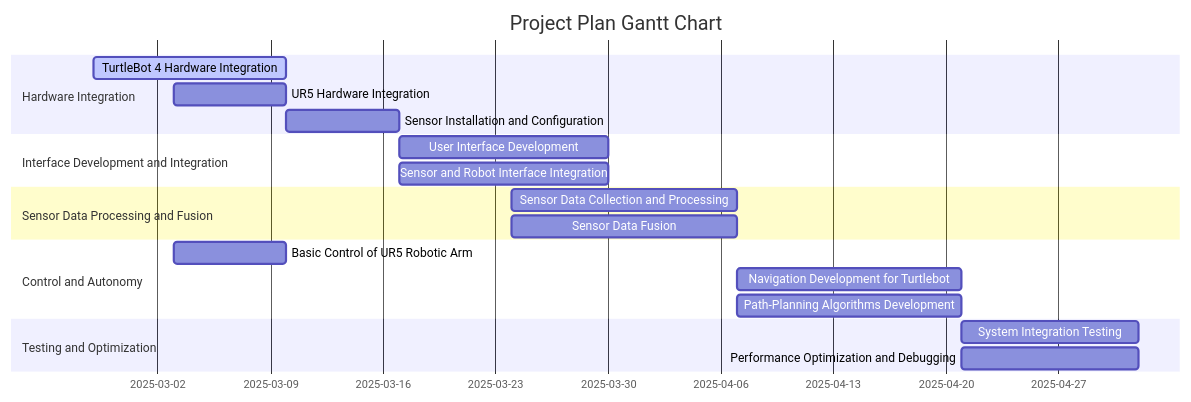
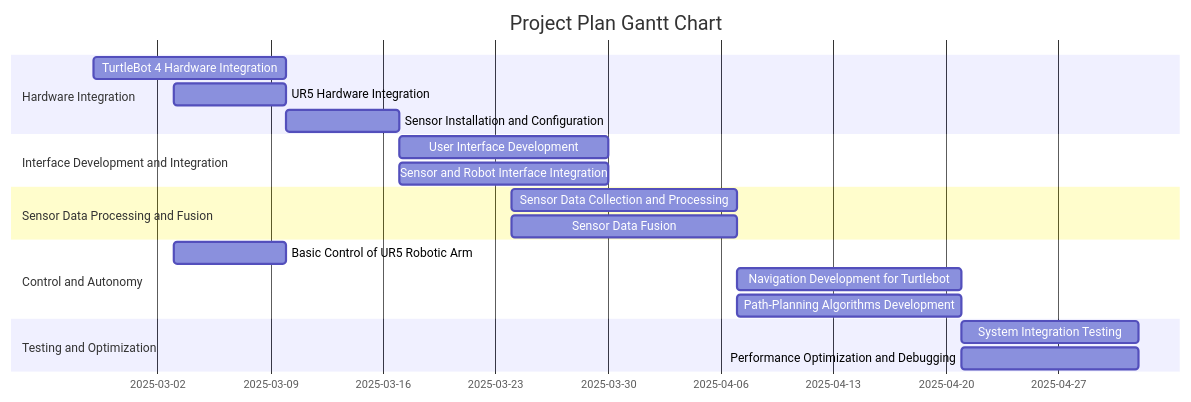
The diagram in docs/timeline.md (RAS598-2025-S-Team12/RAS598-2025-S-Team12.github.io), drawn with Mermaid before and after one commit.

````diff
--- a/docs/timeline.md
+++ b/docs/timeline.md
@@ -6,31 +6,31 @@
 ``` mermaid
 
 gantt
     title Project Plan Gantt Chart
     dateFormat  YYYY-MM-DD
 
     section Hardware Integration
-    TurtleBot 4 Hardware Integration               :active, task2_1, 2025-02-26, 2025-03-10
+    TurtleBot 4 Hardware Integration               :task2_1, 2025-02-26, 2025-03-10
     UR5 Hardware Integration                       :task2_2, 2025-03-03, 2025-03-10
     Sensor Installation and Configuration          :task2_3, 2025-03-10, 2025-03-17
 
     section Interface Development and Integration
     User Interface Development:task3_1, 2025-03-17, 2025-03-30
     Sensor and Robot Interface Integration          :task3_2, 2025-03-17, 2025-03-30
 
     section Sensor Data Processing and Fusion
     Sensor Data Collection and Processing           :task4_1, 2025-03-24, 2025-04-07
     Sensor Data Fusion                              :task4_2, 2025-03-24, 2025-04-07
 
     section Control and Autonomy 
     Basic Control of UR5 Robotic Arm               :task5_1, 2025-03-03, 2025-03-10
     Navigation Development for Turtlebot                 :task5_2, 2025-04-07, 2025-04-21
     Path-Planning Algorithms Development                 :task5_3, 2025-04-07, 2025-04-21
 
     section Testing and Optimization
     System Integration Testing                     :task6_1, 2025-04-21, 2025-05-02
     Performance Optimization and Debugging         :task6_2, 2025-04-21, 2025-05-02
 
 
 
 ```
````
